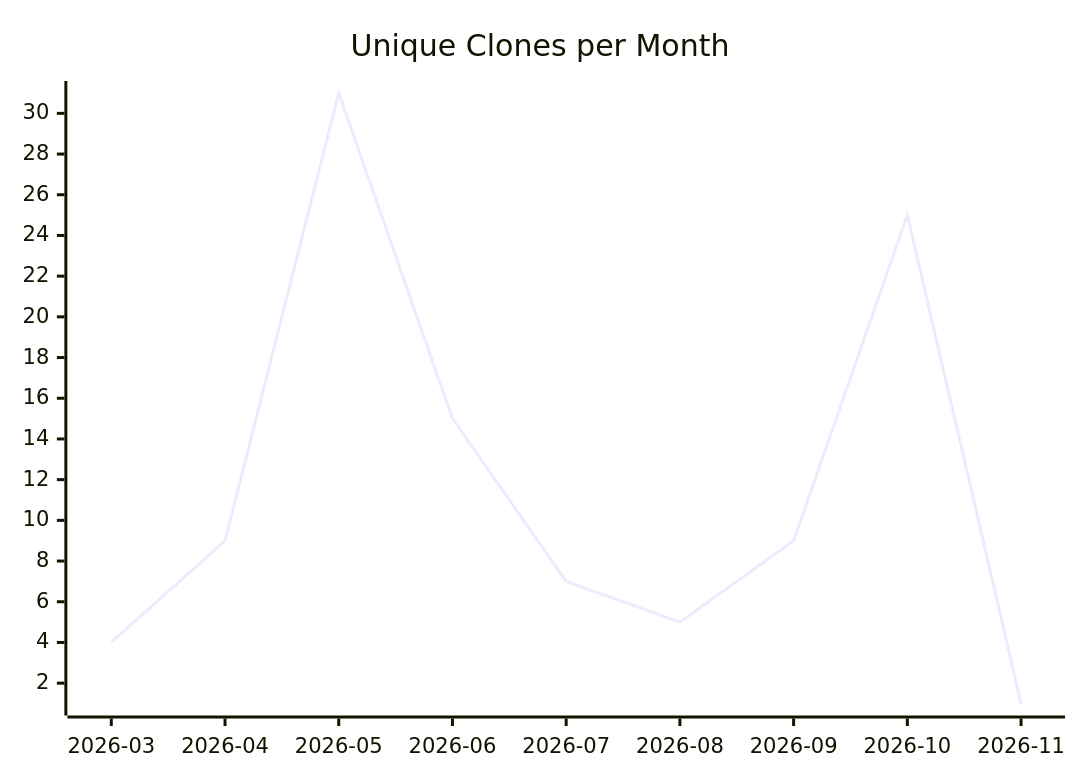
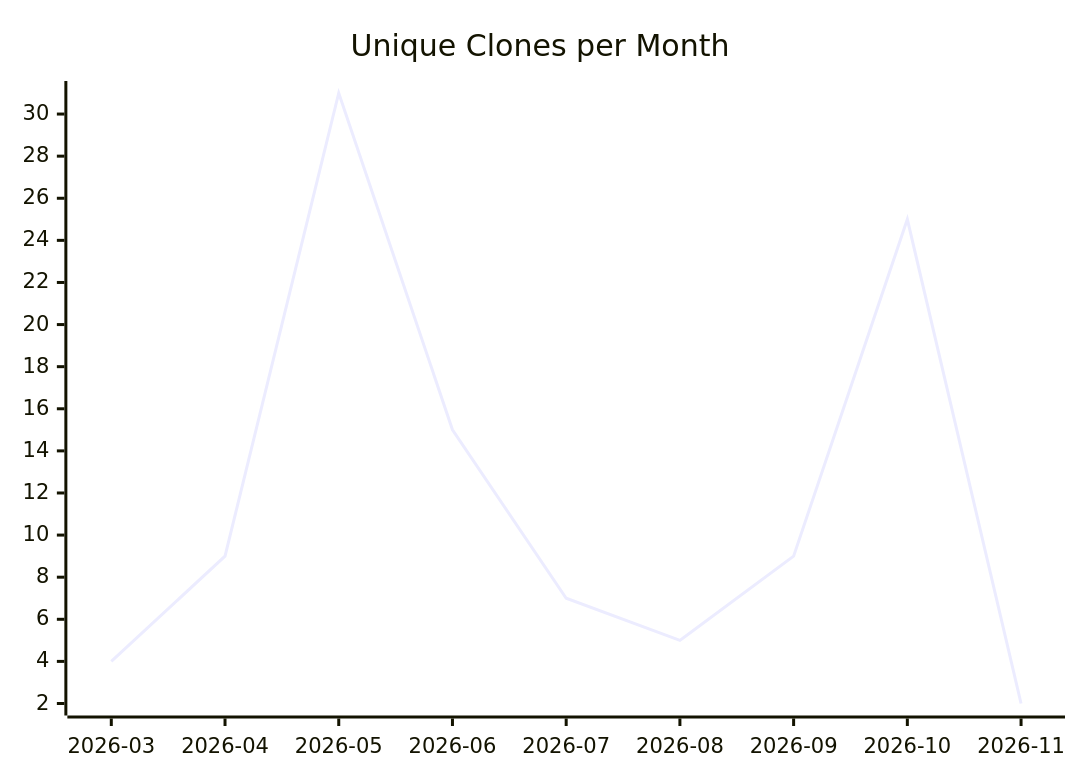
Before and after one commit to justdavis-family/github-analytics-data: the third of 3 diagrams in karlmdavis/ansible-role-rcm-dotfiles/README.md, drawn with Mermaid. The commit also changed other lines of this file and 196 other files, not shown here.

````diff
--- a/karlmdavis/ansible-role-rcm-dotfiles/README.md
+++ b/karlmdavis/ansible-role-rcm-dotfiles/README.md
@@ -19,6 +19,6 @@
 ```mermaid
 xychart-beta
   title "Unique Clones per Month"
   x-axis ["2026-03", "2026-04", "2026-05", "2026-06", "2026-07", "2026-08", "2026-09", "2026-10", "2026-11"]
-  line [4, 9, 31, 15, 7, 5, 9, 25, 1]
+  line [4, 9, 31, 15, 7, 5, 9, 25, 2]
 ```
````
